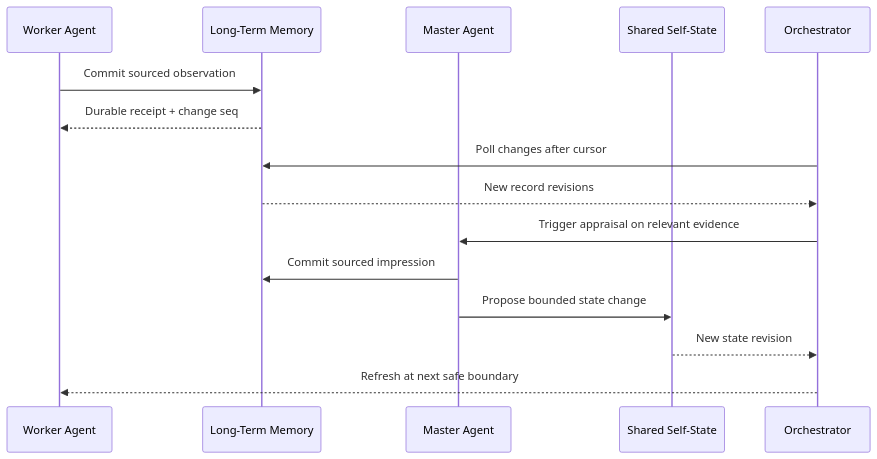
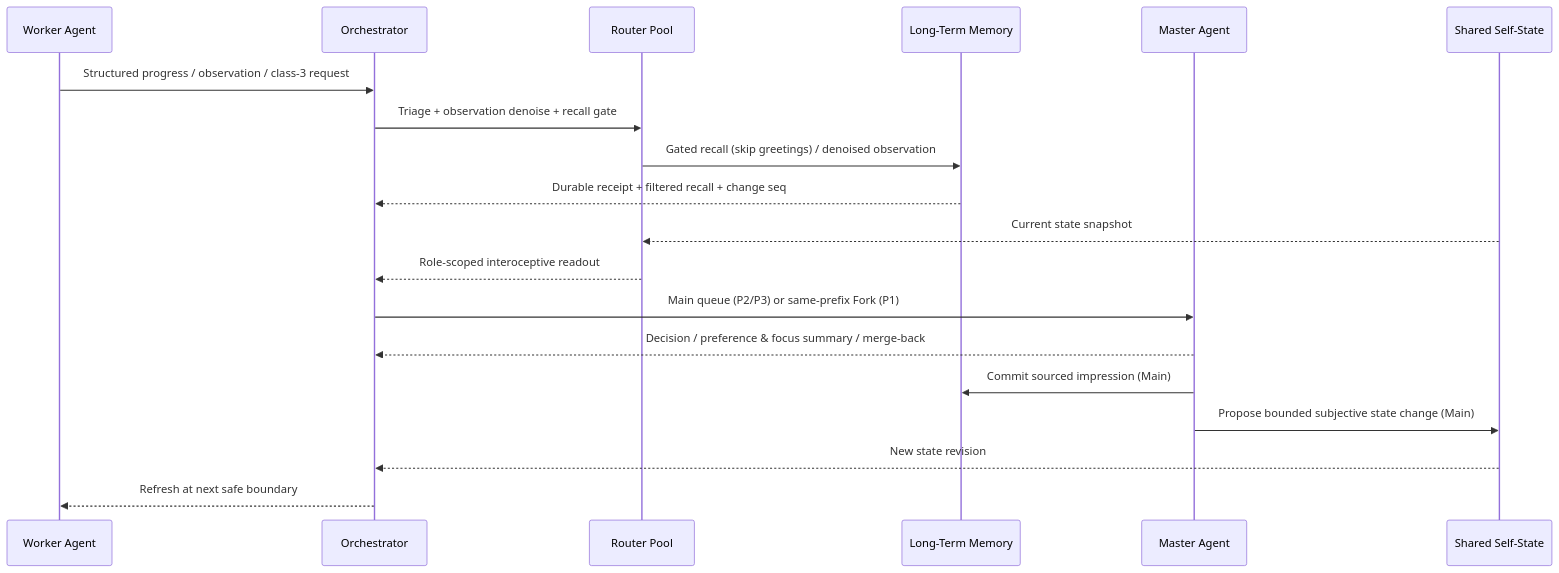
The second of 2 diagrams in docs/proposals/master-worker-cognitive-architecture-20261117.md (QiuYuAkiGO/NeuralCloud), drawn with Mermaid before and after one commit. The commit also changed other lines of this file and 1 other file, not shown here.

Commit message:
docs(proposals): update master-worker architecture and runtime discussion

````diff
--- a/docs/proposals/master-worker-cognitive-architecture-20261117.md
+++ b/docs/proposals/master-worker-cognitive-architecture-20261117.md
@@ -179,17 +246,21 @@
 ```mermaid
 sequenceDiagram
     participant W as Worker Agent
+    participant O as Orchestrator
+    participant R as Router Pool
     participant L as Long-Term Memory
     participant M as Master Agent
     participant S as Shared Self-State
-    participant O as Orchestrator
-    W->>L: Commit sourced observation
-    L-->>W: Durable receipt + change seq
-    O->>L: Poll changes after cursor
-    L-->>O: New record revisions
-    O->>M: Trigger appraisal on relevant evidence
-    M->>L: Commit sourced impression
-    M->>S: Propose bounded state change
+    W->>O: Structured progress / observation / class-3 request
+    O->>R: Triage + observation denoise + recall gate
+    R->>L: Gated recall (skip greetings) / denoised observation
+    L-->>O: Durable receipt + filtered recall + change seq
+    S-->>R: Current state snapshot
+    R-->>O: Role-scoped interoceptive readout
+    O->>M: Main queue (P2/P3) or same-prefix Fork (P1)
+    M-->>O: Decision / preference & focus summary / merge-back
+    M->>L: Commit sourced impression (Main)
+    M->>S: Propose bounded subjective state change (Main)
     S-->>O: New state revision
     O-->>W: Refresh at next safe boundary
 ```
````
